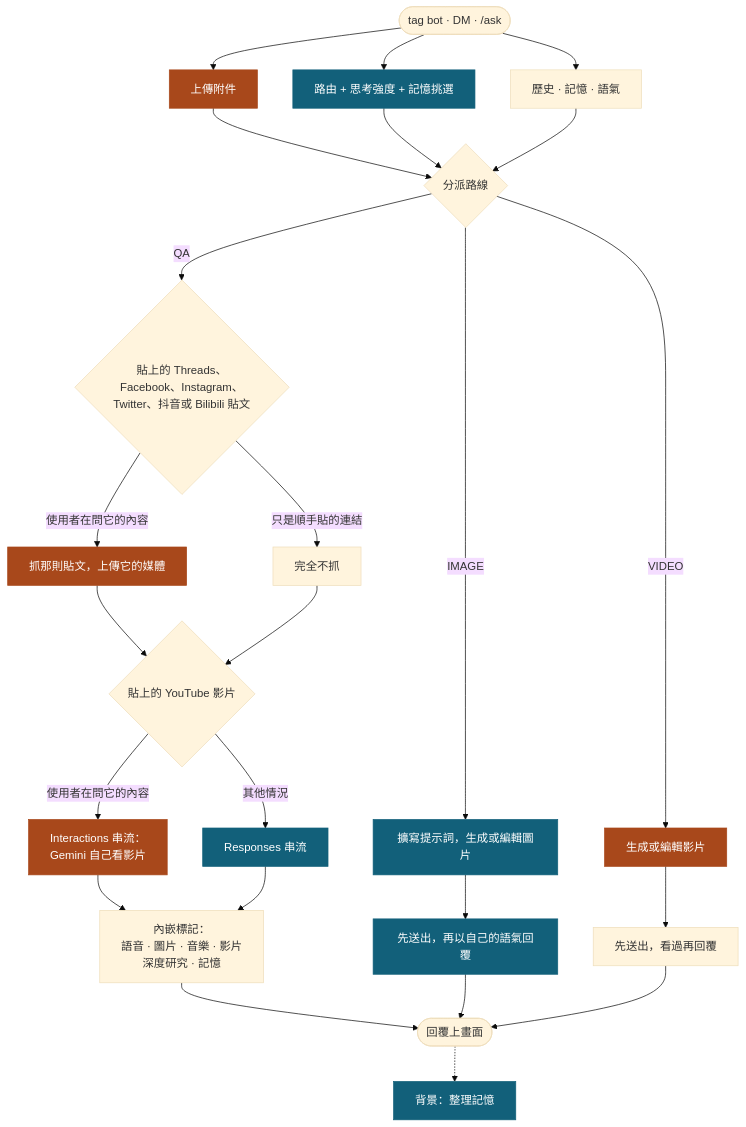
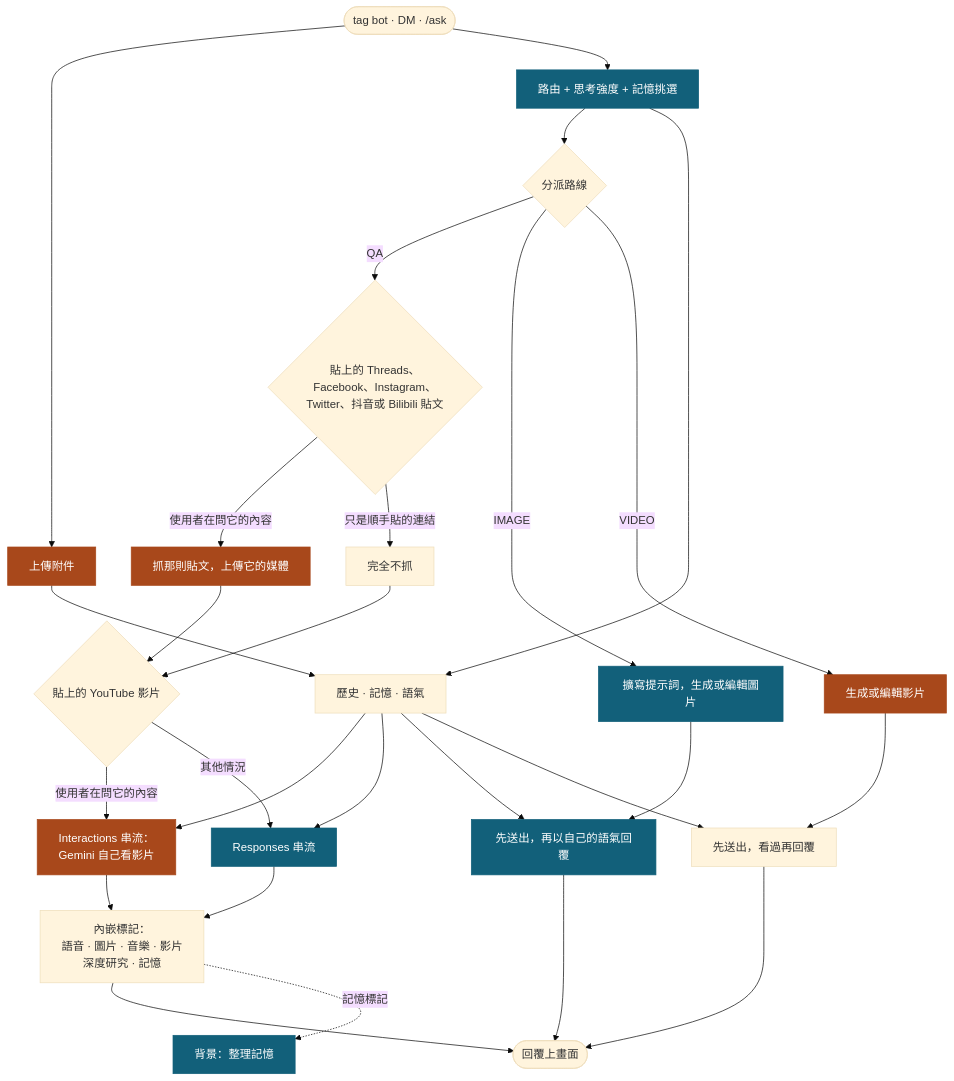
One commit to Mai0313/discordbot changed the diagram in README.zh-TW.md. Above: the diagram before and after it, drawn with Mermaid (base theme). The commit also changed other lines of this file and 6 other files, not shown here.

````diff
--- a/README.zh-TW.md
+++ b/README.zh-TW.md
@@ -43,33 +43,34 @@
 ```mermaid
 flowchart TD
-    U(["tag bot · DM · /ask"]) --> UP & RT & CX
+    U(["tag bot · DM · /ask"]) --> UP & RT
 
     UP["上傳附件"]
     RT["路由 + 思考強度 + 記憶挑選"]
     CX["歷史 · 記憶 · 語氣"]
 
-    UP & RT & CX --> R{"分派路線"}
+    RT --> R{"分派路線"}
+    UP & RT --> CX --> YT & QS & I2 & V2
 
     R -->|QA| L{"貼上的 Threads、Facebook、Instagram、<br/>Twitter、抖音或 Bilibili 貼文"}
     L -->|"使用者在問它的內容"| LF["抓那則貼文，上傳它的媒體"]
     L -->|"只是順手貼的連結"| LS["完全不抓"]
     LF & LS --> Y{"貼上的 YouTube 影片"}
     Y -->|"使用者在問它的內容"| YT["Interactions 串流：<br/>Gemini 自己看影片"]
     Y -->|"其他情況"| QS["Responses 串流"]
     YT & QS --> Q2["內嵌標記：<br/>語音 · 圖片 · 音樂 · 影片<br/>深度研究 · 記憶"]
 
     R -->|IMAGE| I1["擴寫提示詞，生成或編輯圖片"]
     I1 --> I2["先送出，再以自己的語氣回覆"]
     R -->|VIDEO| V1["生成或編輯影片"]
     V1 --> V2["先送出，看過再回覆"]
 
     Q2 --> OUT(["回覆上畫面"])
     I2 --> OUT
     V2 --> OUT
-    OUT -.-> MM["背景：整理記憶"]
+    Q2 -.->|"記憶標記"| MM["背景：整理記憶"]
 
     classDef proxy fill:#12607a,stroke:#12607a,color:#ffffff
     classDef direct fill:#a8481b,stroke:#a8481b,color:#ffffff
     class RT,QS,I1,I2,MM proxy
     class UP,LF,YT,V1 direct
 ```
````
